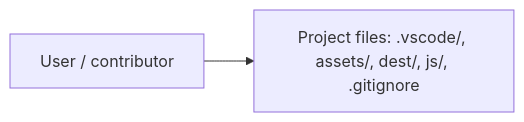
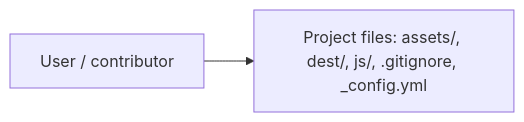
Before and after one commit to Nischhalsubba/Dragon-Saving: the third of 5 diagrams in README.md, drawn with Mermaid. The commit also changed other lines of this file, not shown here.

````diff
--- a/README.md
+++ b/README.md
@@ -52,5 +96,5 @@
 ```mermaid
 flowchart LR
-    ACTOR["User / contributor"]
-    ACTOR --> A0["Project files: .vscode/, assets/, dest/, js/, .gitignore"]
+    USER["User / contributor"]
+    USER --> A0["Project files: assets/, dest/, js/, .gitignore, _config.yml"]
 ```
````
